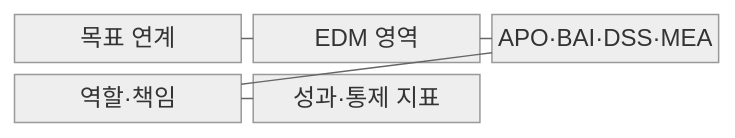
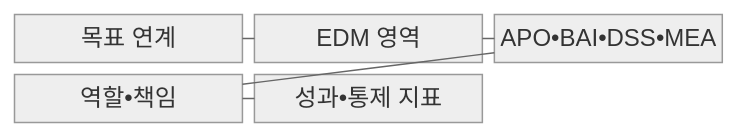
Before and after one commit to agnusdei1207/knowledge-base: the first of 2 diagrams in src/content/docs/notes/07-law-policy/005_it_governance_cobit.md, drawn with Mermaid (neutral theme). The commit also changed other lines of this file and 953 other files, not shown here.

````diff
--- a/src/content/docs/notes/07-law-policy/005_it_governance_cobit.md
+++ b/src/content/docs/notes/07-law-policy/005_it_governance_cobit.md
@@ -70,13 +70,13 @@
 ```mermaid
 block-beta
     columns 3
     A["목표 연계"]
     B["EDM 영역"]
-    C["APO·BAI·DSS·MEA"]
-    D["역할·책임"]
-    E["성과·통제 지표"]
+    C["APO•BAI•DSS•MEA"]
+    D["역할•책임"]
+    E["성과•통제 지표"]
     A --- B
     B --- C
     C --- D
     D --- E
 ```
````
